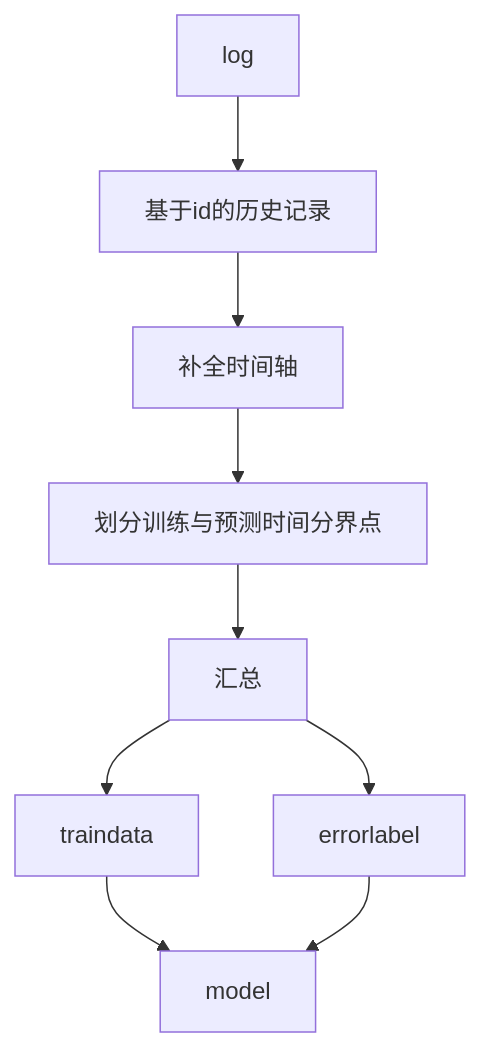
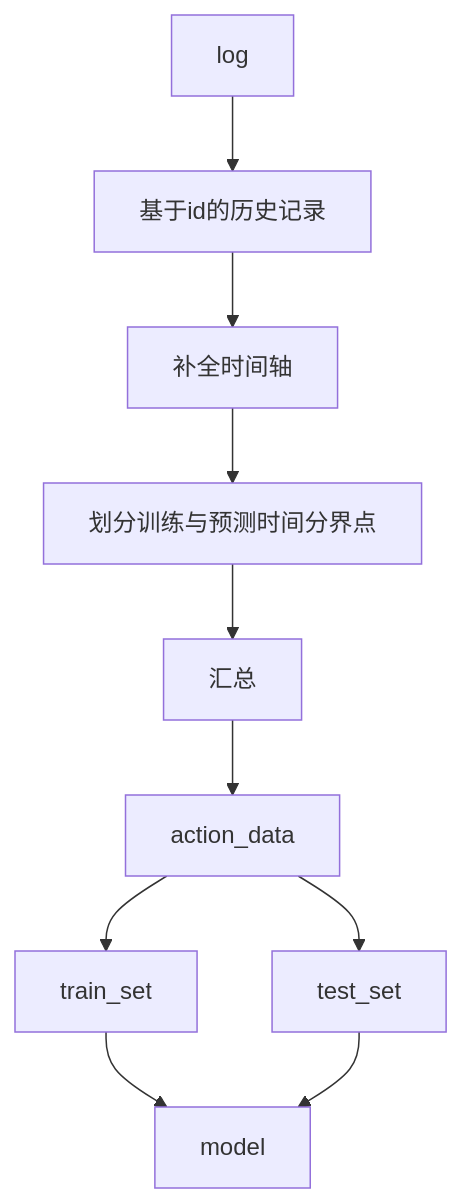
Before and after one commit to ianZzzzzz/alert-analysis: the diagram in doc/did_yesterday.md, drawn with Mermaid. The commit also changed other lines of this file and 3 other files, not shown here.

````diff
--- a/doc/did_yesterday.md
+++ b/doc/did_yesterday.md
@@ -13,8 +13,11 @@
 ```mermaid
     graph TB
-    traindata-->model 
-    errorlabel-->model
+    train_set-->model 
+    
     log-->基于id的历史记录-->补全时间轴-->划分训练与预测时间分界点-->汇总
-    汇总-->errorlabel
-    汇总-->traindata
+    
+    汇总-->action_data
+    action_data-->test_set-->model
+    action_data-->train_set
+
 ```
````
